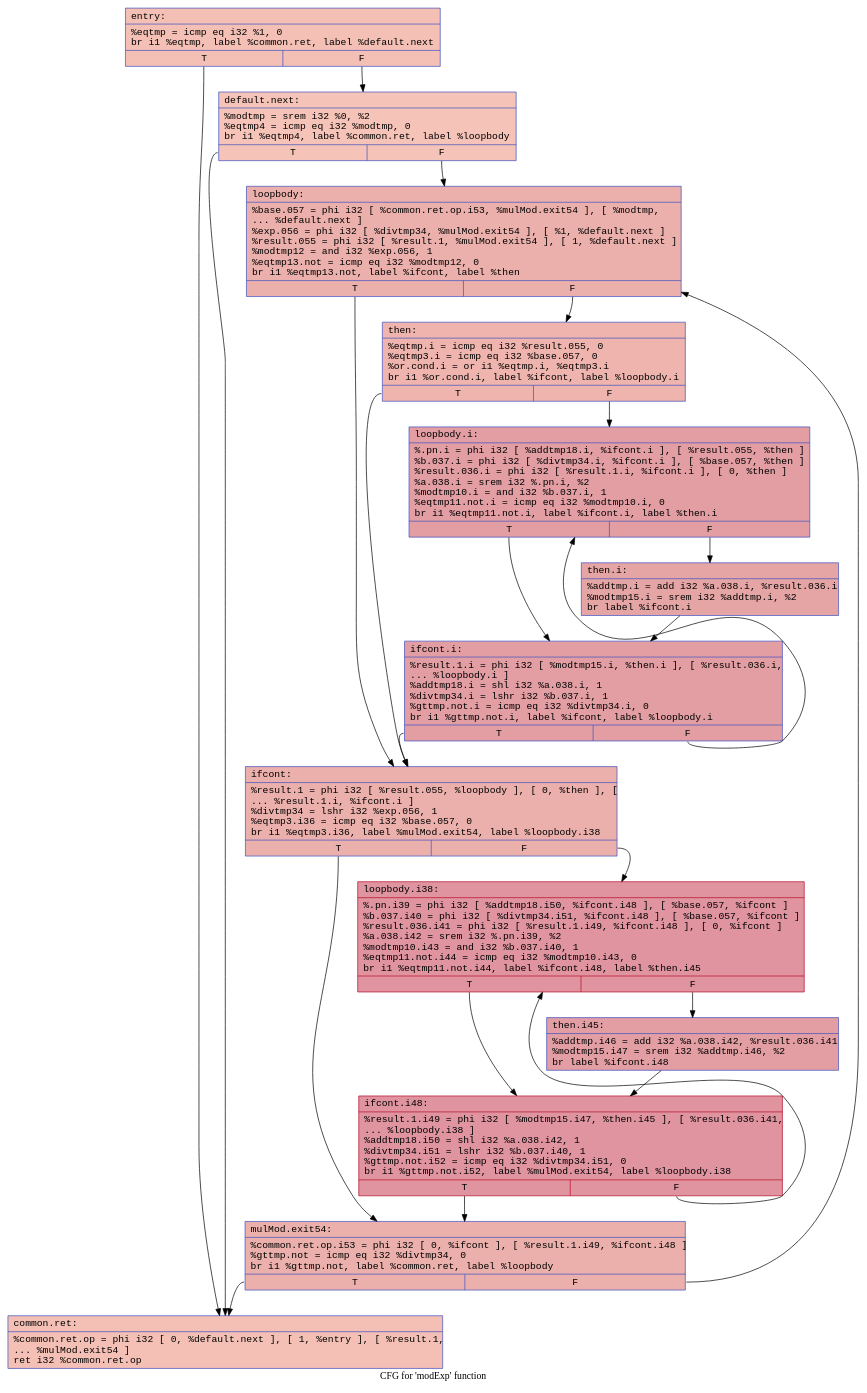
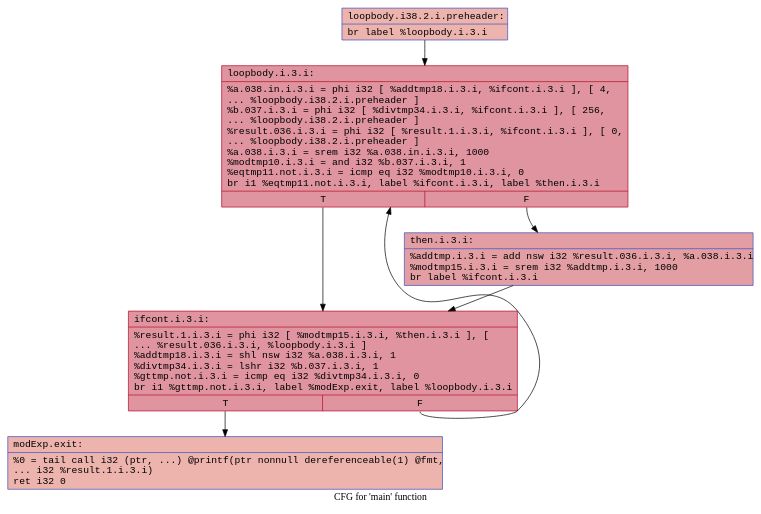
The third of 4 diagrams in examples/mod_exp/mod_exp.md (twanman1412/blueprintScript), drawn with Graphviz before and after one commit. The commit also changed other lines of this file and 58 other files, not shown here.

````diff
--- a/examples/mod_exp/mod_exp.md
+++ b/examples/mod_exp/mod_exp.md
@@ -53,41 +82,17 @@
 ```dot
-digraph "CFG for 'modExp' function" {
-	label="CFG for 'modExp' function";
+digraph "CFG for 'main' function" {
+	label="CFG for 'main' function";
 
-	Node0x55d7eb7b8a60 [shape=record,color="#3d50c3ff", style=filled, fillcolor="#e5705870", fontname="Courier",label="{entry:\l|  %eqtmp = icmp eq i32 %1, 0\l  br i1 %eqtmp, label %common.ret, label %default.next\l|{<s0>T|<s1>F}}"];
-	Node0x55d7eb7b8a60:s0 -> Node0x55d7eb7b8510;
-	Node0x55d7eb7b8a60:s1 -> Node0x55d7eb7b9640;
-	Node0x55d7eb7b8510 [shape=record,color="#3d50c3ff", style=filled, fillcolor="#e5705870", fontname="Courier",label="{common.ret:\l|  %common.ret.op = phi i32 [ 0, %default.next ], [ 1, %entry ], [ %result.1,\l... %mulMod.exit54 ]\l  ret i32 %common.ret.op\l}"];
-	Node0x55d7eb7b9640 [shape=record,color="#3d50c3ff", style=filled, fillcolor="#e8765c70", fontname="Courier",label="{default.next:\l|  %modtmp = srem i32 %0, %2\l  %eqtmp4 = icmp eq i32 %modtmp, 0\l  br i1 %eqtmp4, label %common.ret, label %loopbody\l|{<s0>T|<s1>F}}"];
-	Node0x55d7eb7b9640:s0 -> Node0x55d7eb7b8510;
-	Node0x55d7eb7b9640:s1 -> Node0x55d7eb7b96d0;
-	Node0x55d7eb7b96d0 [shape=record,color="#3d50c3ff", style=filled, fillcolor="#d24b4070", fontname="Courier",label="{loopbody:\l|  %base.057 = phi i32 [ %common.ret.op.i53, %mulMod.exit54 ], [ %modtmp,\l... %default.next ]\l  %exp.056 = phi i32 [ %divtmp34, %mulMod.exit54 ], [ %1, %default.next ]\l  %result.055 = phi i32 [ %result.1, %mulMod.exit54 ], [ 1, %default.next ]\l  %modtmp12 = and i32 %exp.056, 1\l  %eqtmp13.not = icmp eq i32 %modtmp12, 0\l  br i1 %eqtmp13.not, label %ifcont, label %then\l|{<s0>T|<s1>F}}"];
-	Node0x55d7eb7b96d0:s0 -> Node0x55d7eb7ba230;
-	Node0x55d7eb7b96d0:s1 -> Node0x55d7eb7ba310;
-	Node0x55d7eb7ba310 [shape=record,color="#3d50c3ff", style=filled, fillcolor="#d8564670", fontname="Courier",label="{then:\l|  %eqtmp.i = icmp eq i32 %result.055, 0\l  %eqtmp3.i = icmp eq i32 %base.057, 0\l  %or.cond.i = or i1 %eqtmp.i, %eqtmp3.i\l  br i1 %or.cond.i, label %ifcont, label %loopbody.i\l|{<s0>T|<s1>F}}"];
-	Node0x55d7eb7ba310:s0 -> Node0x55d7eb7ba230;
-	Node0x55d7eb7ba310:s1 -> Node0x55d7eb7ba390;
-	Node0x55d7eb7ba390 [shape=record,color="#3d50c3ff", style=filled, fillcolor="#be242e70", fontname="Courier",label="{loopbody.i:\l|  %.pn.i = phi i32 [ %addtmp18.i, %ifcont.i ], [ %result.055, %then ]\l  %b.037.i = phi i32 [ %divtmp34.i, %ifcont.i ], [ %base.057, %then ]\l  %result.036.i = phi i32 [ %result.1.i, %ifcont.i ], [ 0, %then ]\l  %a.038.i = srem i32 %.pn.i, %2\l  %modtmp10.i = and i32 %b.037.i, 1\l  %eqtmp11.not.i = icmp eq i32 %modtmp10.i, 0\l  br i1 %eqtmp11.not.i, label %ifcont.i, label %then.i\l|{<s0>T|<s1>F}}"];
-	Node0x55d7eb7ba390:s0 -> Node0x55d7eb7bb080;
-	Node0x55d7eb7ba390:s1 -> Node0x55d7eb7bbaf0;
-	Node0x55d7eb7bbaf0 [shape=record,color="#3d50c3ff", style=filled, fillcolor="#c5333470", fontname="Courier",label="{then.i:\l|  %addtmp.i = add i32 %a.038.i, %result.036.i\l  %modtmp15.i = srem i32 %addtmp.i, %2\l  br label %ifcont.i\l}"];
-	Node0x55d7eb7bbaf0 -> Node0x55d7eb7bb080;
-	Node0x55d7eb7bb080 [shape=record,color="#3d50c3ff", style=filled, fillcolor="#be242e70", fontname="Courier",label="{ifcont.i:\l|  %result.1.i = phi i32 [ %modtmp15.i, %then.i ], [ %result.036.i,\l... %loopbody.i ]\l  %addtmp18.i = shl i32 %a.038.i, 1\l  %divtmp34.i = lshr i32 %b.037.i, 1\l  %gttmp.not.i = icmp eq i32 %divtmp34.i, 0\l  br i1 %gttmp.not.i, label %ifcont, label %loopbody.i\l|{<s0>T|<s1>F}}"];
-	Node0x55d7eb7bb080:s0 -> Node0x55d7eb7ba230;
-	Node0x55d7eb7bb080:s1 -> Node0x55d7eb7ba390;
-	Node0x55d7eb7ba230 [shape=record,color="#3d50c3ff", style=filled, fillcolor="#d24b4070", fontname="Courier",label="{ifcont:\l|  %result.1 = phi i32 [ %result.055, %loopbody ], [ 0, %then ], [\l... %result.1.i, %ifcont.i ]\l  %divtmp34 = lshr i32 %exp.056, 1\l  %eqtmp3.i36 = icmp eq i32 %base.057, 0\l  br i1 %eqtmp3.i36, label %mulMod.exit54, label %loopbody.i38\l|{<s0>T|<s1>F}}"];
-	Node0x55d7eb7ba230:s0 -> Node0x55d7eb7b9840;
-	Node0x55d7eb7ba230:s1 -> Node0x55d7eb7b9e00;
-	Node0x55d7eb7b9e00 [shape=record,color="#b70d28ff", style=filled, fillcolor="#b70d2870", fontname="Courier",label="{loopbody.i38:\l|  %.pn.i39 = phi i32 [ %addtmp18.i50, %ifcont.i48 ], [ %base.057, %ifcont ]\l  %b.037.i40 = phi i32 [ %divtmp34.i51, %ifcont.i48 ], [ %base.057, %ifcont ]\l  %result.036.i41 = phi i32 [ %result.1.i49, %ifcont.i48 ], [ 0, %ifcont ]\l  %a.038.i42 = srem i32 %.pn.i39, %2\l  %modtmp10.i43 = and i32 %b.037.i40, 1\l  %eqtmp11.not.i44 = icmp eq i32 %modtmp10.i43, 0\l  br i1 %eqtmp11.not.i44, label %ifcont.i48, label %then.i45\l|{<s0>T|<s1>F}}"];
-	Node0x55d7eb7b9e00:s0 -> Node0x55d7eb7bb2b0;
-	Node0x55d7eb7b9e00:s1 -> Node0x55d7eb7bc9a0;
-	Node0x55d7eb7bc9a0 [shape=record,color="#3d50c3ff", style=filled, fillcolor="#be242e70", fontname="Courier",label="{then.i45:\l|  %addtmp.i46 = add i32 %a.038.i42, %result.036.i41\l  %modtmp15.i47 = srem i32 %addtmp.i46, %2\l  br label %ifcont.i48\l}"];
-	Node0x55d7eb7bc9a0 -> Node0x55d7eb7bb2b0;
-	Node0x55d7eb7bb2b0 [shape=record,color="#b70d28ff", style=filled, fillcolor="#b70d2870", fontname="Courier",label="{ifcont.i48:\l|  %result.1.i49 = phi i32 [ %modtmp15.i47, %then.i45 ], [ %result.036.i41,\l... %loopbody.i38 ]\l  %addtmp18.i50 = shl i32 %a.038.i42, 1\l  %divtmp34.i51 = lshr i32 %b.037.i40, 1\l  %gttmp.not.i52 = icmp eq i32 %divtmp34.i51, 0\l  br i1 %gttmp.not.i52, label %mulMod.exit54, label %loopbody.i38\l|{<s0>T|<s1>F}}"];
-	Node0x55d7eb7bb2b0:s0 -> Node0x55d7eb7b9840;
-	Node0x55d7eb7bb2b0:s1 -> Node0x55d7eb7b9e00;
-	Node0x55d7eb7b9840 [shape=record,color="#3d50c3ff", style=filled, fillcolor="#d24b4070", fontname="Courier",label="{mulMod.exit54:\l|  %common.ret.op.i53 = phi i32 [ 0, %ifcont ], [ %result.1.i49, %ifcont.i48 ]\l  %gttmp.not = icmp eq i32 %divtmp34, 0\l  br i1 %gttmp.not, label %common.ret, label %loopbody\l|{<s0>T|<s1>F}}"];
-	Node0x55d7eb7b9840:s0 -> Node0x55d7eb7b8510;
-	Node0x55d7eb7b9840:s1 -> Node0x55d7eb7b96d0;
+	Node0x5571d16e3290 [shape=record,color="#3d50c3ff", style=filled, fillcolor="#d6524470", fontname="Courier",label="{loopbody.i38.2.i.preheader:\l|  br label %loopbody.i.3.i\l}"];
+	Node0x5571d16e3290 -> Node0x5571d16e3350;
+	Node0x5571d16e3350 [shape=record,color="#b70d28ff", style=filled, fillcolor="#b70d2870", fontname="Courier",label="{loopbody.i.3.i:\l|  %a.038.in.i.3.i = phi i32 [ %addtmp18.i.3.i, %ifcont.i.3.i ], [ 4,\l... %loopbody.i38.2.i.preheader ]\l  %b.037.i.3.i = phi i32 [ %divtmp34.i.3.i, %ifcont.i.3.i ], [ 256,\l... %loopbody.i38.2.i.preheader ]\l  %result.036.i.3.i = phi i32 [ %result.1.i.3.i, %ifcont.i.3.i ], [ 0,\l... %loopbody.i38.2.i.preheader ]\l  %a.038.i.3.i = srem i32 %a.038.in.i.3.i, 1000\l  %modtmp10.i.3.i = and i32 %b.037.i.3.i, 1\l  %eqtmp11.not.i.3.i = icmp eq i32 %modtmp10.i.3.i, 0\l  br i1 %eqtmp11.not.i.3.i, label %ifcont.i.3.i, label %then.i.3.i\l|{<s0>T|<s1>F}}"];
+	Node0x5571d16e3350:s0 -> Node0x5571d16e5300;
+	Node0x5571d16e3350:s1 -> Node0x5571d16e6880;
+	Node0x5571d16e6880 [shape=record,color="#3d50c3ff", style=filled, fillcolor="#be242e70", fontname="Courier",label="{then.i.3.i:\l|  %addtmp.i.3.i = add nsw i32 %result.036.i.3.i, %a.038.i.3.i\l  %modtmp15.i.3.i = srem i32 %addtmp.i.3.i, 1000\l  br label %ifcont.i.3.i\l}"];
+	Node0x5571d16e6880 -> Node0x5571d16e5300;
+	Node0x5571d16e5300 [shape=record,color="#b70d28ff", style=filled, fillcolor="#b70d2870", fontname="Courier",label="{ifcont.i.3.i:\l|  %result.1.i.3.i = phi i32 [ %modtmp15.i.3.i, %then.i.3.i ], [\l... %result.036.i.3.i, %loopbody.i.3.i ]\l  %addtmp18.i.3.i = shl nsw i32 %a.038.i.3.i, 1\l  %divtmp34.i.3.i = lshr i32 %b.037.i.3.i, 1\l  %gttmp.not.i.3.i = icmp eq i32 %divtmp34.i.3.i, 0\l  br i1 %gttmp.not.i.3.i, label %modExp.exit, label %loopbody.i.3.i\l|{<s0>T|<s1>F}}"];
+	Node0x5571d16e5300:s0 -> Node0x5571d16e5b80;
+	Node0x5571d16e5300:s1 -> Node0x5571d16e3350;
+	Node0x5571d16e5b80 [shape=record,color="#3d50c3ff", style=filled, fillcolor="#d6524470", fontname="Courier",label="{modExp.exit:\l|  %0 = tail call i32 (ptr, ...) @printf(ptr nonnull dereferenceable(1) @fmt,\l... i32 %result.1.i.3.i)\l  ret i32 0\l}"];
 }
 ```
````
